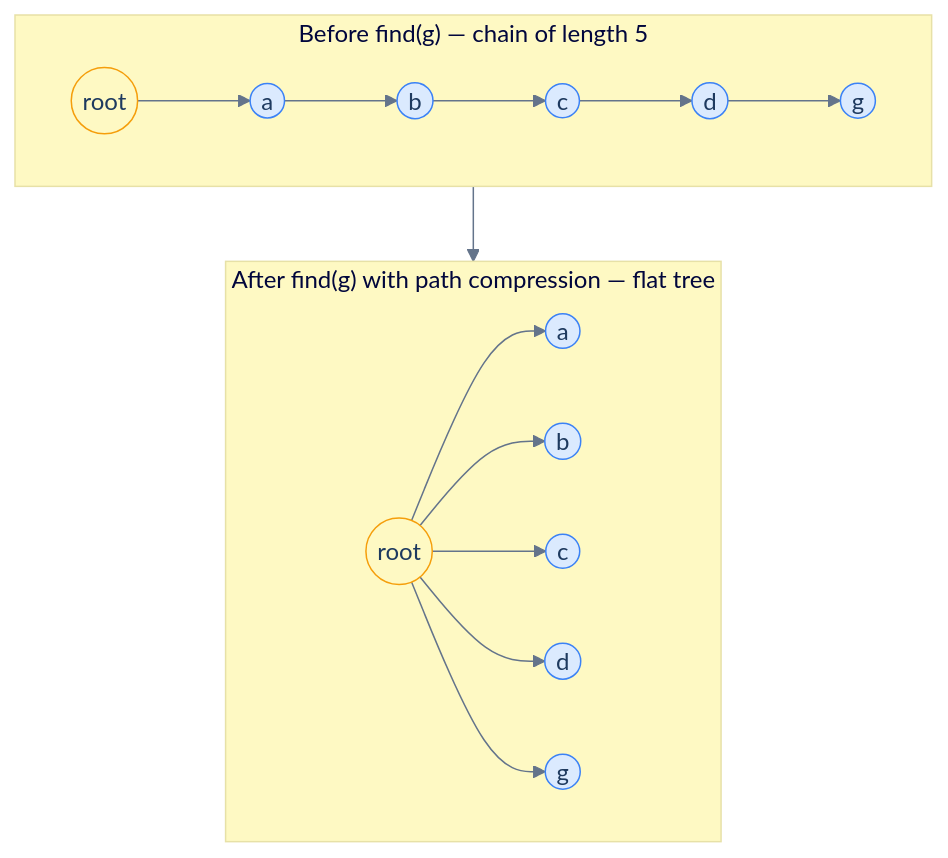
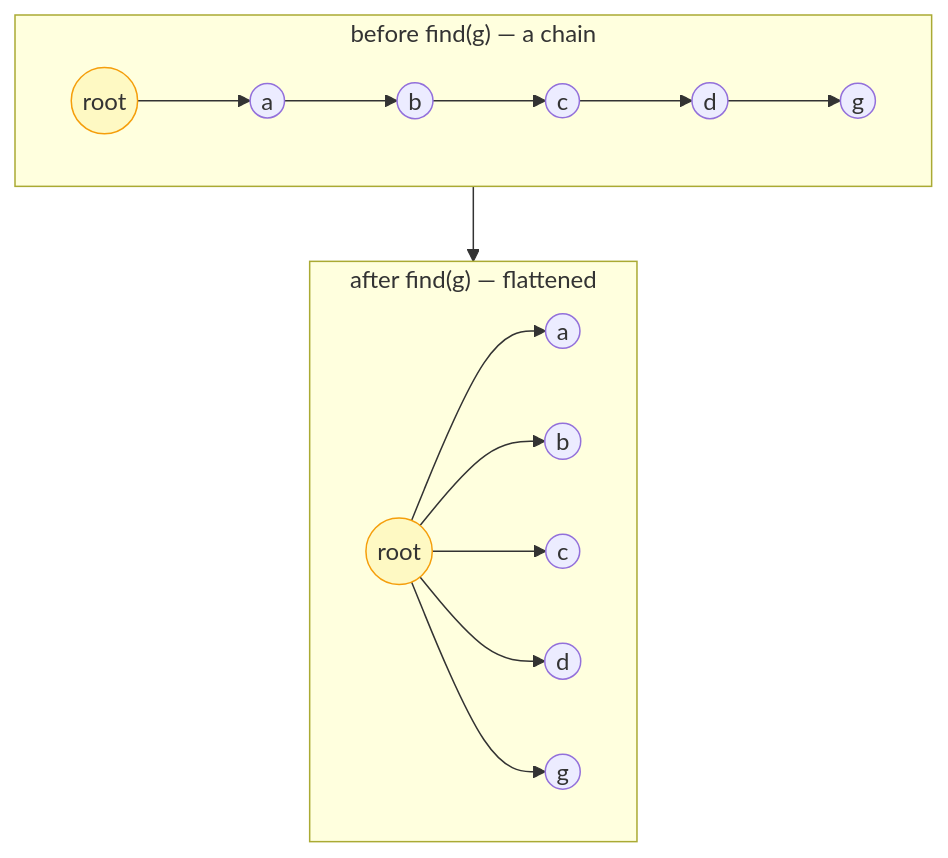
One commit to ani2fun/codefolio changed the diagram in content/cortex/data-structures-and-algorithms/03-trees/11-disjoint-set-union/01-introduction-to-disjoint-set-union.md. Above: the diagram before and after it, drawn with Mermaid. The commit also changed other lines of this file and 1049 other files, not shown here.

````diff
--- a/content/cortex/data-structures-and-algorithms/03-trees/11-disjoint-set-union/01-introduction-to-disjoint-set-union.md
+++ b/content/cortex/data-structures-and-algorithms/03-trees/11-disjoint-set-union/01-introduction-to-disjoint-set-union.md
@@ -136,39 +71,16 @@
 ```mermaid
----
-config:
-  theme: base
-  themeVariables:
-    primaryColor: "#dbeafe"
-    primaryBorderColor: "#3b82f6"
-    primaryTextColor: "#1e3a5f"
-    lineColor: "#64748b"
-    secondaryColor: "#ede9fe"
-    tertiaryColor: "#fef9c3"
----
 flowchart TB
-  subgraph BEFORE["Before find(g) — chain of length 5"]
-    R1((root))
-    A1((a))
-    B1((b))
-    C1((c))
-    D1((d))
-    G1((g))
-    R1 --> A1 --> B1 --> C1 --> D1 --> G1
+  subgraph Before["before find(g) — a chain"]
+    R1((root)) --> A1((a)) --> B1((b)) --> C1((c)) --> D1((d)) --> G1((g))
   end
-  subgraph AFTER["After find(g) with path compression — flat tree"]
-    R2((root))
-    A2((a))
-    B2((b))
-    C2((c))
-    D2((d))
-    G2((g))
-    R2 --> A2
-    R2 --> B2
-    R2 --> C2
-    R2 --> D2
-    R2 --> G2
+  subgraph After["after find(g) — flattened"]
+    R2((root)) --> A2((a))
+    R2 --> B2((b))
+    R2 --> C2((c))
+    R2 --> D2((d))
+    R2 --> G2((g))
   end
-  BEFORE --> AFTER
+  Before --> After
   style R1 fill:#fef9c3,stroke:#f59e0b
   style R2 fill:#fef9c3,stroke:#f59e0b
 ```
````
